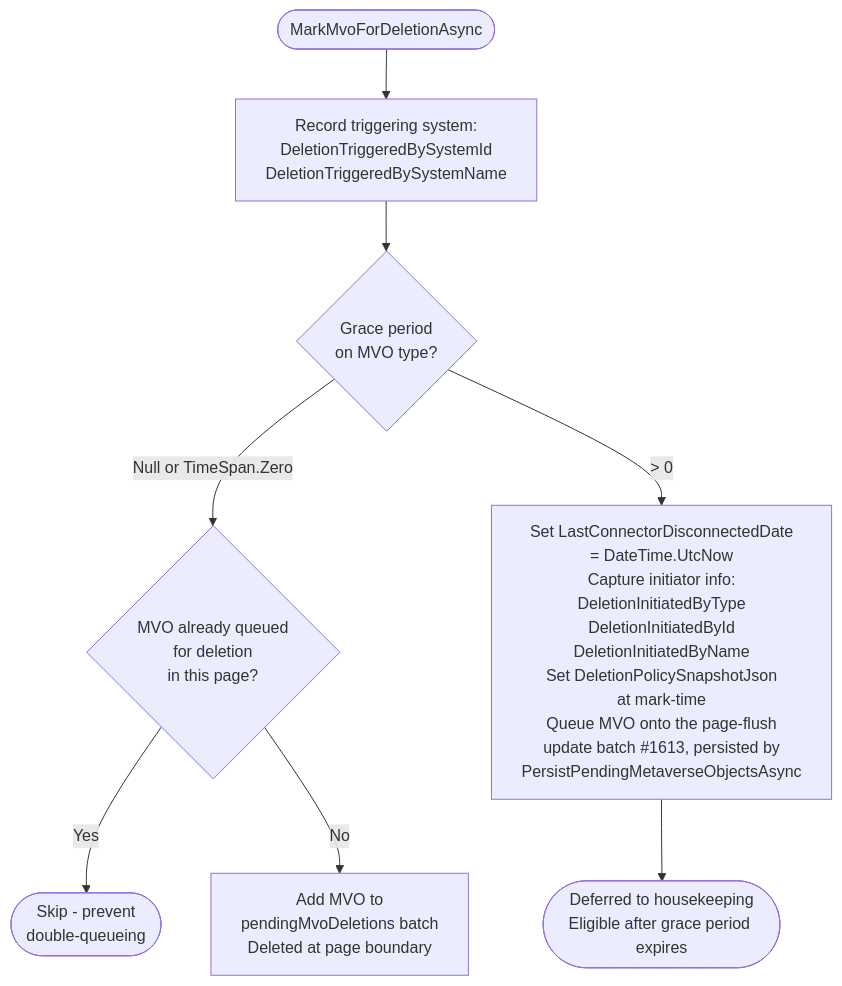
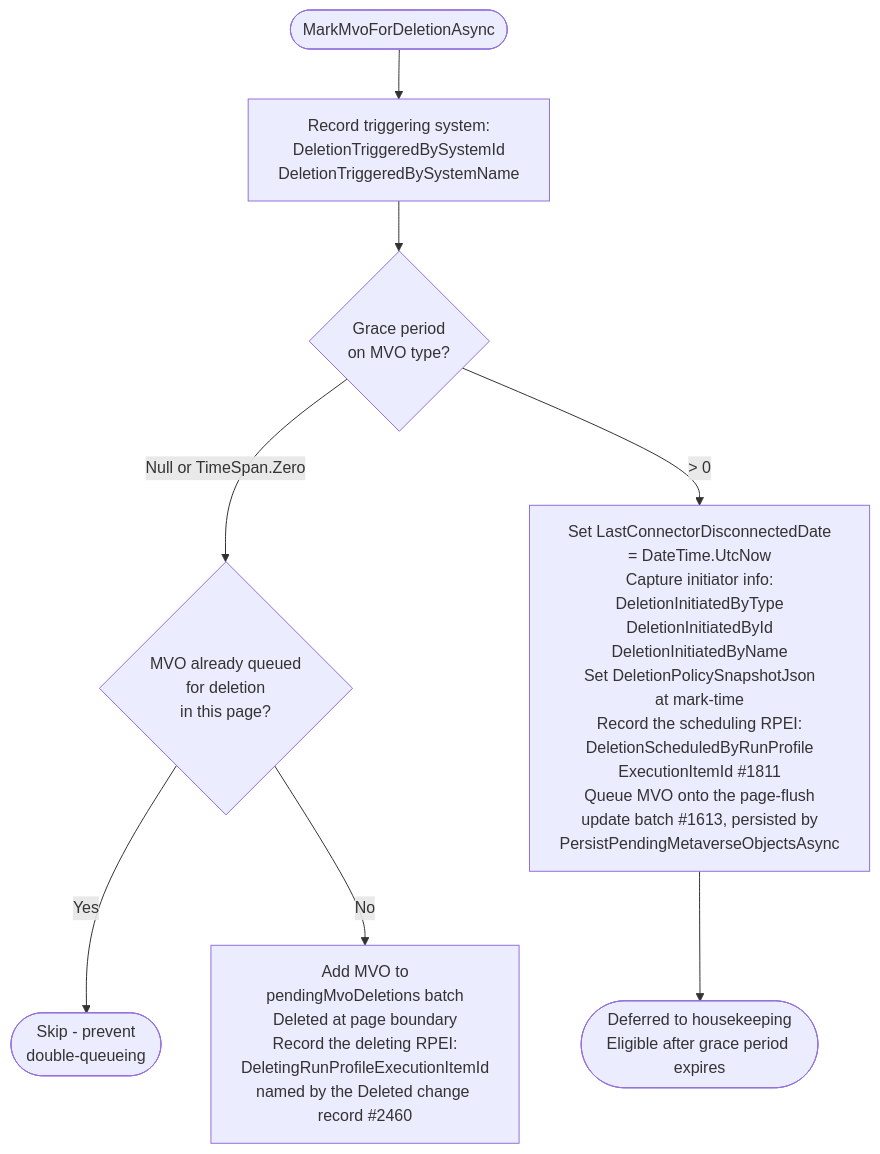
Before and after one commit to TetronIO/JIM: the third of 7 diagrams in engineering/developer/diagrams/MVO_DELETION_AND_GRACE_PERIOD.md, drawn with Mermaid. The commit also changed other lines of this file and 39 other files, not shown here.

````diff
--- a/engineering/developer/diagrams/MVO_DELETION_AND_GRACE_PERIOD.md
+++ b/engineering/developer/diagrams/MVO_DELETION_AND_GRACE_PERIOD.md
@@ -83,12 +85,12 @@
 ```mermaid
 flowchart TD
     Mark([MarkMvoForDeletionAsync]) --> RecordTrigger[Record triggering system:<br/>DeletionTriggeredBySystemId<br/>DeletionTriggeredBySystemName]
     RecordTrigger --> CheckGrace{Grace period<br/>on MVO type?}
 
     CheckGrace -->|Null or TimeSpan.Zero| DedupCheck{MVO already queued<br/>for deletion<br/>in this page?}
     DedupCheck -->|Yes| Skip([Skip - prevent<br/>double-queueing])
-    DedupCheck -->|No| Immediate[Add MVO to<br/>pendingMvoDeletions batch<br/>Deleted at page boundary]
+    DedupCheck -->|No| Immediate[Add MVO to<br/>pendingMvoDeletions batch<br/>Deleted at page boundary<br/>Record the deleting RPEI:<br/>DeletingRunProfileExecutionItemId<br/>named by the Deleted change record #2460]
 
-    CheckGrace -->|> 0| Deferred[Set LastConnectorDisconnectedDate<br/>= DateTime.UtcNow<br/>Capture initiator info:<br/>DeletionInitiatedByType<br/>DeletionInitiatedById<br/>DeletionInitiatedByName<br/>Set DeletionPolicySnapshotJson<br/>at mark-time<br/>Queue MVO onto the page-flush<br/>update batch #1613, persisted by<br/>PersistPendingMetaverseObjectsAsync]
+    CheckGrace -->|> 0| Deferred[Set LastConnectorDisconnectedDate<br/>= DateTime.UtcNow<br/>Capture initiator info:<br/>DeletionInitiatedByType<br/>DeletionInitiatedById<br/>DeletionInitiatedByName<br/>Set DeletionPolicySnapshotJson<br/>at mark-time<br/>Record the scheduling RPEI:<br/>DeletionScheduledByRunProfile<br/>ExecutionItemId #1811<br/>Queue MVO onto the page-flush<br/>update batch #1613, persisted by<br/>PersistPendingMetaverseObjectsAsync]
     Deferred --> WaitForHousekeeping([Deferred to housekeeping<br/>Eligible after grace period expires])
 ```
````
